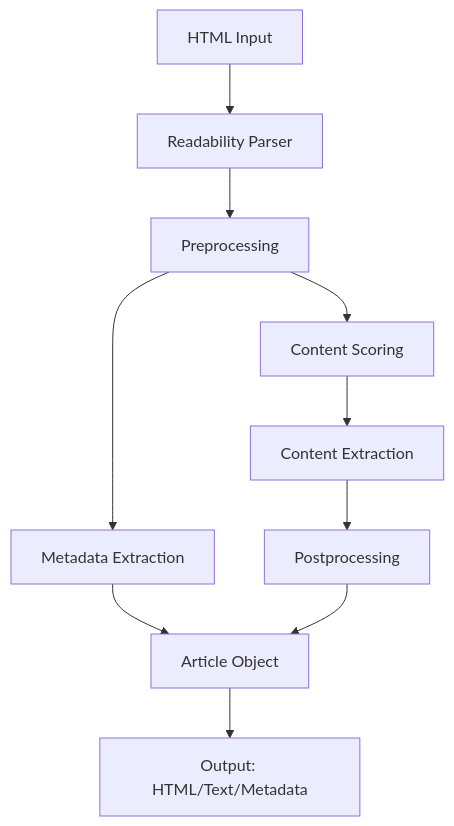
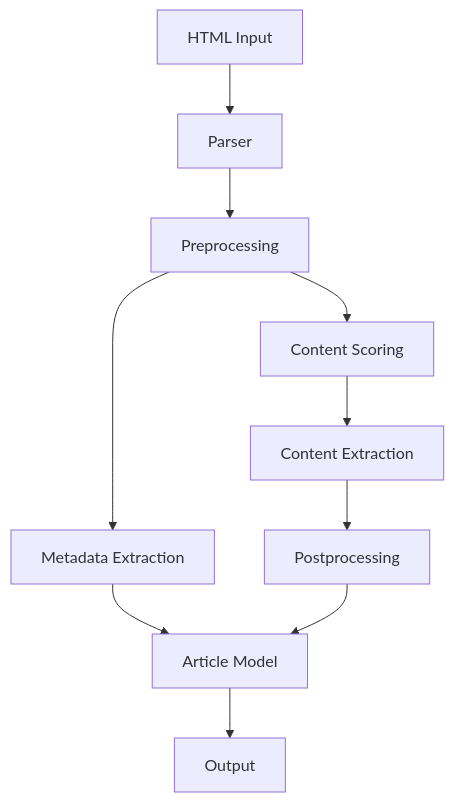
The diagram in memory-bank/systemPatterns.md (CyranoB/readability-python), drawn with Mermaid before and after one commit. The commit also changed other lines of this file and 215 other files, not shown here.

````diff
--- a/memory-bank/systemPatterns.md
+++ b/memory-bank/systemPatterns.md
@@ -6,12 +14,12 @@
 ```mermaid
 flowchart TD
-    Input[HTML Input] --> Parser[Readability Parser]
-    Parser --> Preprocess[Preprocessing]
-    Preprocess --> Metadata[Metadata Extraction]
-    Preprocess --> Scoring[Content Scoring]
-    Scoring --> Extraction[Content Extraction]
-    Extraction --> Postprocess[Postprocessing]
-    Metadata --> Article[Article Object]
-    Postprocess --> Article
-    Article --> Output[Output: HTML/Text/Metadata]
+    A[HTML Input] --> B[Parser]
+    B --> C[Preprocessing]
+    C --> D[Metadata Extraction]
+    C --> E[Content Scoring]
+    E --> F[Content Extraction]
+    F --> G[Postprocessing]
+    D --> H[Article Model]
+    G --> H
+    H --> I[Output]
 ```
````
